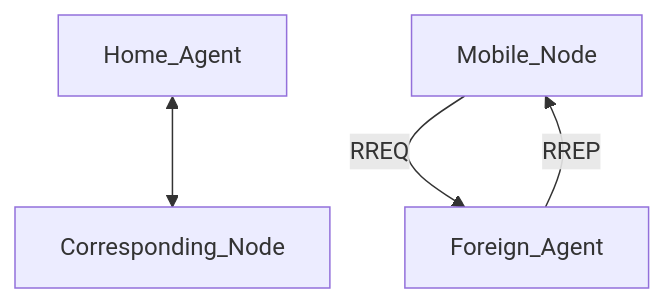
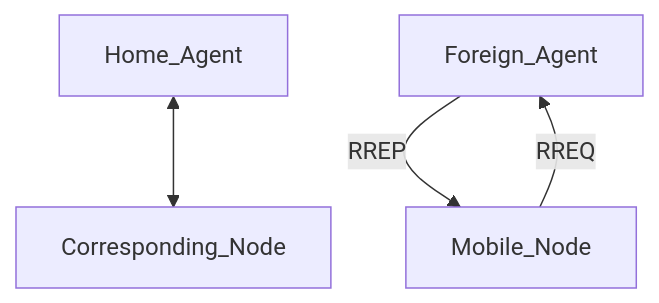
The diagram in README.md (juakali-networks/mip), drawn with Mermaid before and after one commit.

````diff
--- a/README.md
+++ b/README.md
@@ -28,6 +28,7 @@
 ```mermaid
 flowchart TD;
     Home_Agent<-->Corresponding_Node;
+    Foreign_Agent-->|RREP|Mobile_Node;
     Mobile_Node-->|RREQ|Foreign_Agent;
-    Foreign_Agent-->|RREP|Mobile_Node;
+
 ```
````
